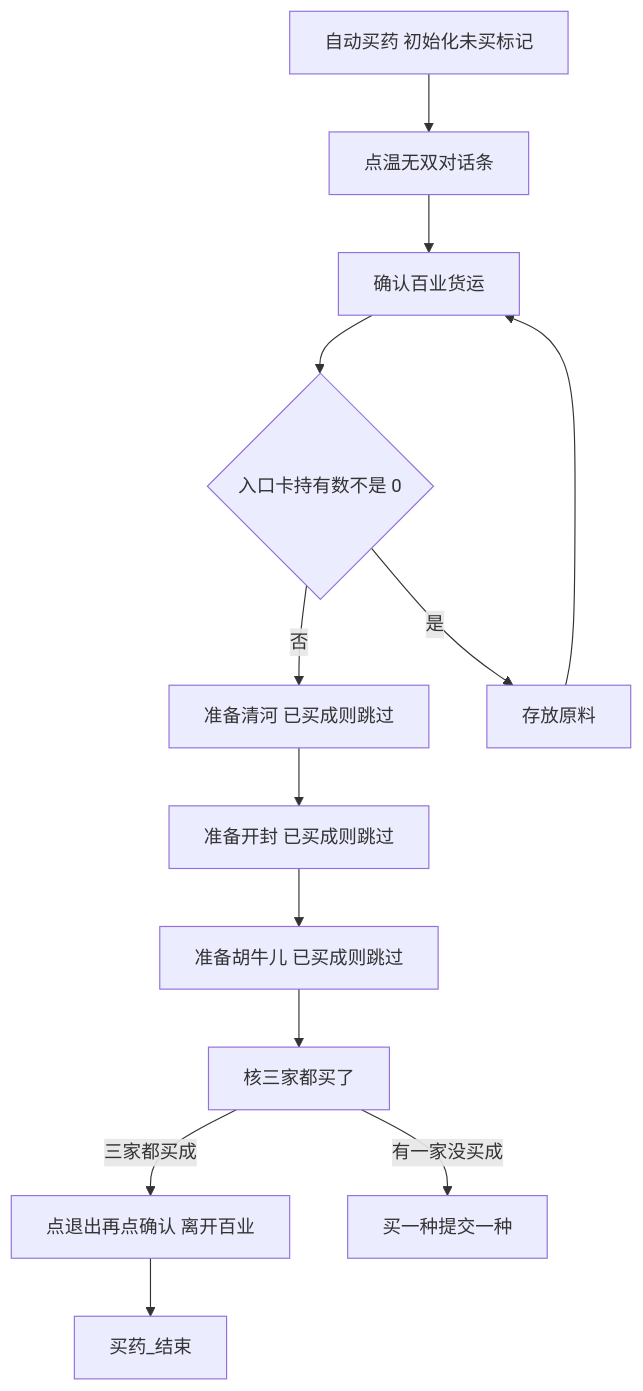
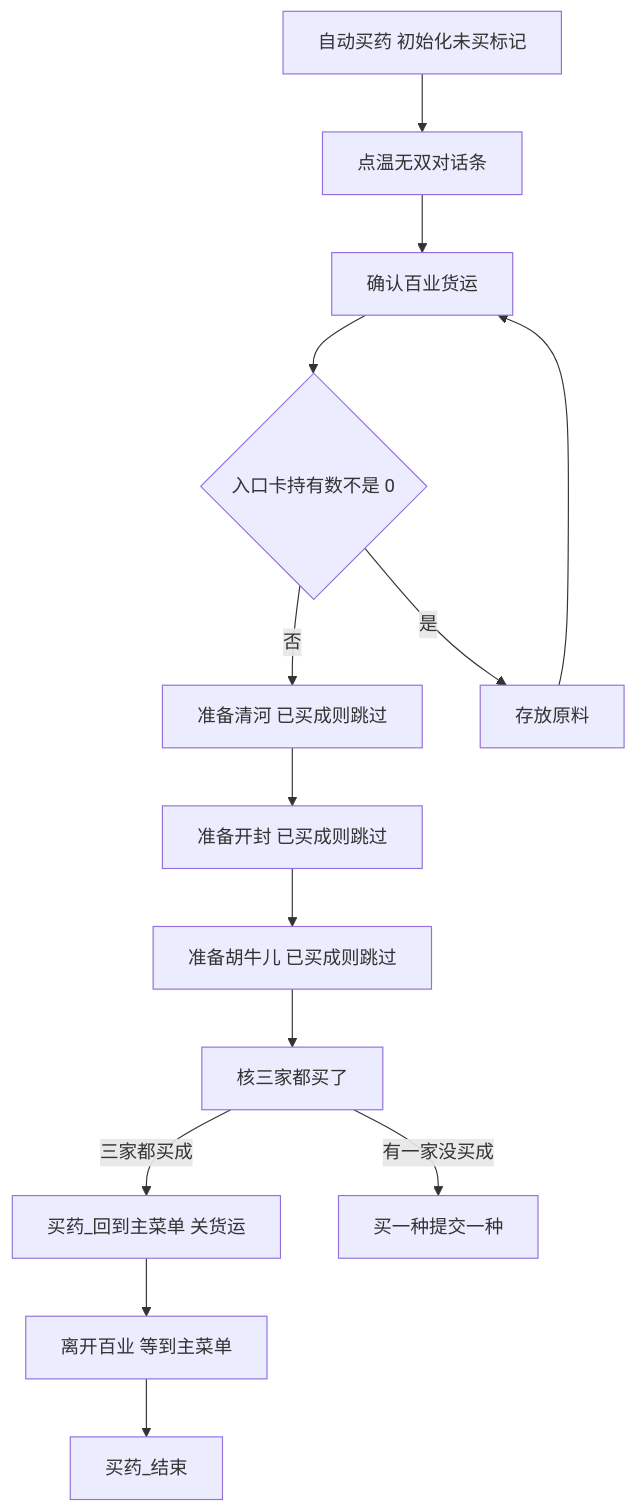
The first of 2 diagrams in docs/zh_cn/自动买药.md (82488059/MAAJN), drawn with Mermaid before and after one commit. The commit also changed other lines of this file and 7 other files, not shown here.

````diff
--- a/docs/zh_cn/自动买药.md
+++ b/docs/zh_cn/自动买药.md
@@ -40,18 +40,19 @@
 ```mermaid
 flowchart TD
   entry["自动买药 初始化未买标记"]
   talk["点温无双对话条"]
   freight["确认百业货运"]
   qh["准备清河 已买成则跳过"]
   kf["准备开封 已买成则跳过"]
   hn["准备胡牛儿 已买成则跳过"]
   check["核三家都买了"]
-  leave["点退出再点确认 离开百业"]
+  leave["买药_回到主菜单 关货运"]
+  out["离开百业 等到主菜单"]
   done["买药_结束"]
   submit["买一种提交一种"]
   entry --> talk --> freight --> owned{"入口卡持有数不是 0"}
   owned -->|是| store["存放原料"] --> freight
   owned -->|否| qh --> kf --> hn --> check
-  check -->|三家都买成| leave --> done
+  check -->|三家都买成| leave --> out --> done
   check -->|有一家没买成| submit
 ```
````
